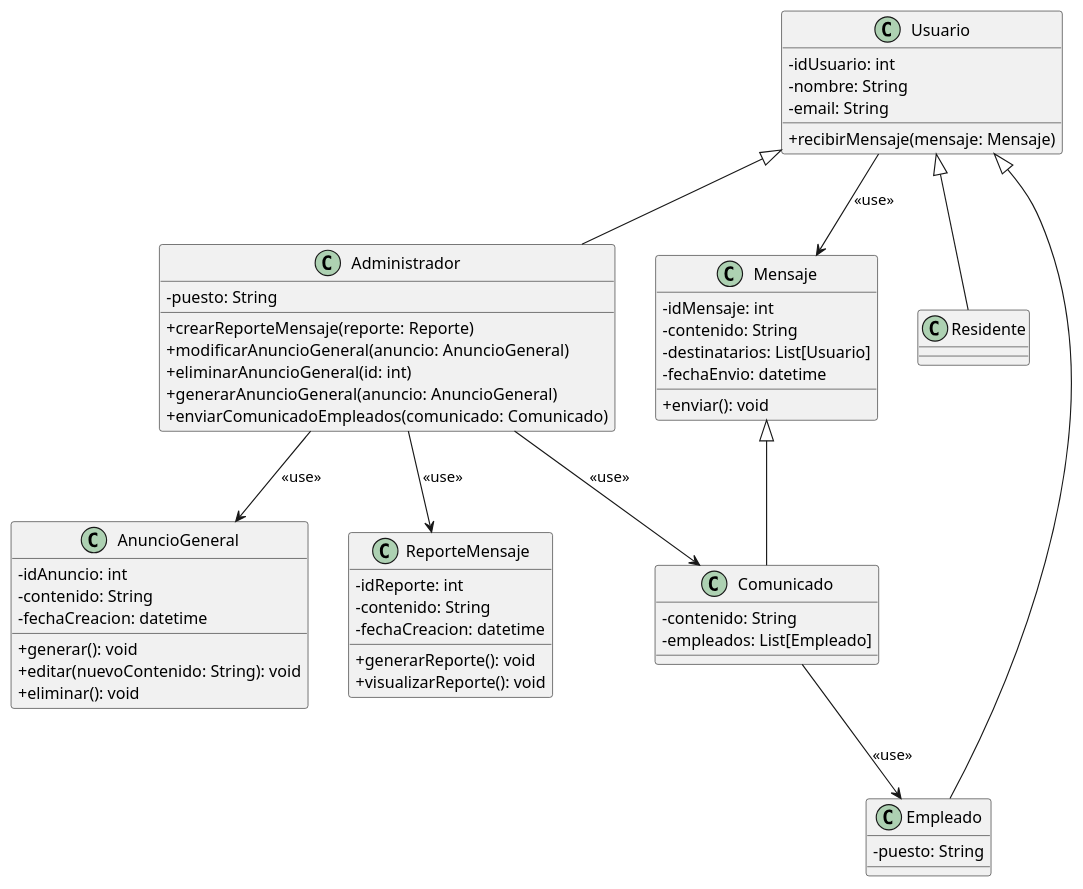
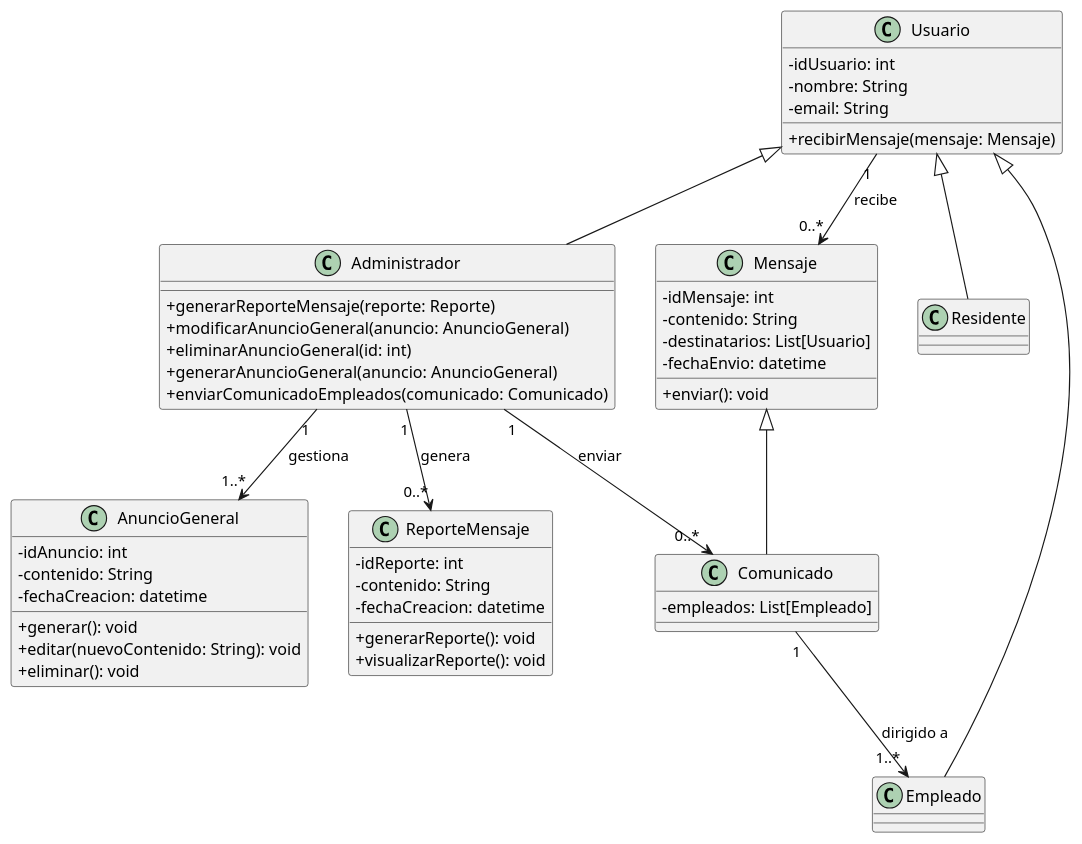
The diagram in Diagramas/Diagramas de Clases/GrupoF_Comunicacion/Diagrama_Clases.puml (richardriverag/ProyectoDiseno24B), drawn with PlantUML before and after one commit.

Commit message:
Update Diagrama_Clases.puml
Updating relations between classes

```diff
--- a/Diagramas/Diagramas de Clases/GrupoF_Comunicacion/Diagrama_Clases.puml
+++ b/Diagramas/Diagramas de Clases/GrupoF_Comunicacion/Diagrama_Clases.puml
@@ -1,70 +1,71 @@
 @startuml
 ' Encapsulación
 skinparam classAttributeIconSize 0
 
 class Usuario {
     - idUsuario: int
     - nombre: String
     - email: String
     + recibirMensaje(mensaje: Mensaje)
 }
 
 class Administrador {
-    - puesto: String
-    + crearReporteMensaje(reporte: Reporte)
+    + generarReporteMensaje(reporte: Reporte)
     + modificarAnuncioGeneral(anuncio: AnuncioGeneral)
     + eliminarAnuncioGeneral(id: int)
     + generarAnuncioGeneral(anuncio: AnuncioGeneral)
     + enviarComunicadoEmpleados(comunicado: Comunicado)
 }
 
 class Empleado {
-    - puesto: String
+    
 }
 
 class Residente {
 }
 
 class ReporteMensaje {
     - idReporte: int
     - contenido: String
     - fechaCreacion: datetime
     + generarReporte(): void
     + visualizarReporte(): void
 }
 
 
 class Comunicado {
-    - contenido: String
     - empleados: List[Empleado]
 }
 
 class Mensaje{
     - idMensaje: int
     - contenido: String
     - destinatarios: List[Usuario]
     - fechaEnvio: datetime
     + enviar(): void
 }
 
 class AnuncioGeneral{
     - idAnuncio: int
     - contenido: String
     - fechaCreacion: datetime
     + generar(): void
     + editar(nuevoContenido: String): void
     + eliminar(): void
 }
 
 
 Usuario <|-- Empleado
 Usuario <|-- Administrador
 Usuario <|-- Residente
-Administrador --> Comunicado: "<<use>>"
-Comunicado --> Empleado: "<<use>>"
-Usuario --> Mensaje: "<<use>>"
-Administrador --> ReporteMensaje: "<<use>>"
-Administrador --> AnuncioGeneral: "<<use>>"
+
+Administrador "1" --> "0..*" Comunicado: "enviar"
+Administrador "1"--> "0..*" ReporteMensaje: "genera"
+Administrador "1" --> "1..*" AnuncioGeneral: "gestiona"
+
+Comunicado "1" --> "1..*" Empleado: "dirigido a"
+Usuario "1" --> "0..*" Mensaje: "recibe"
+
 Mensaje <|-- Comunicado
 
 @enduml
```
